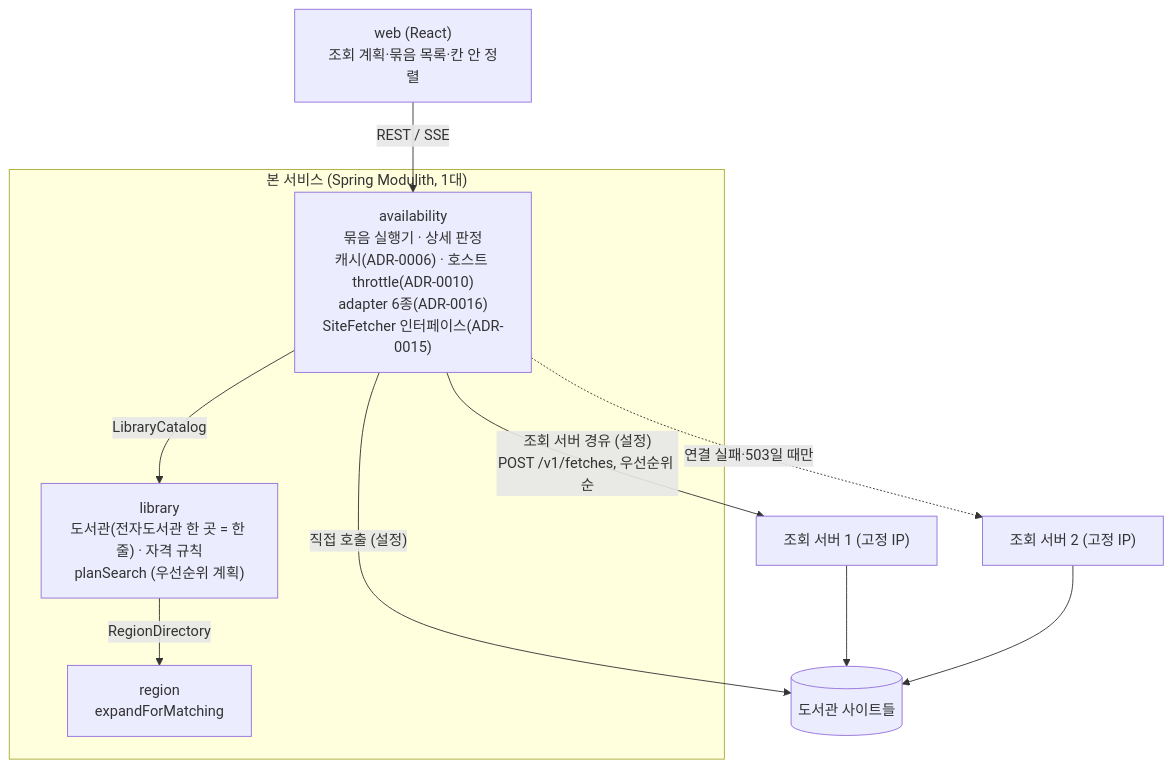
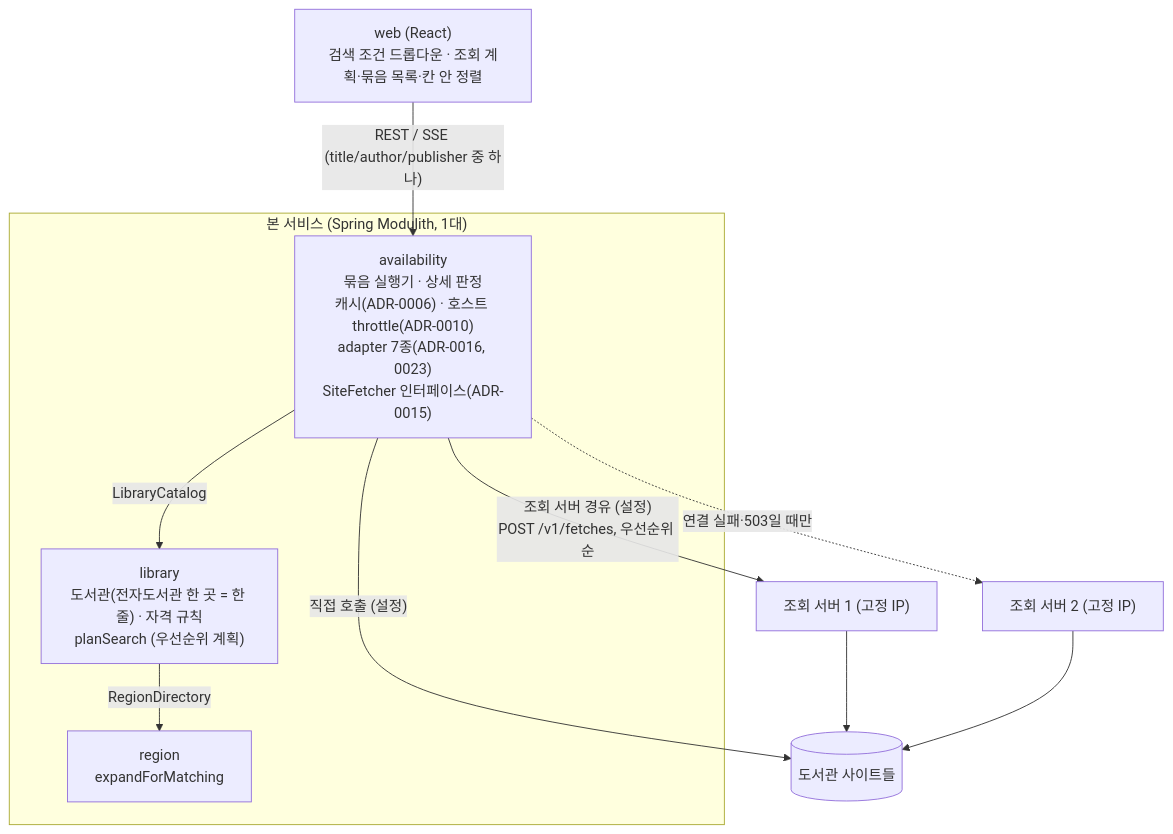
The first of 2 diagrams in docs/current/module-map.md (hodu-sketch/chaekcheck-plan), drawn with Mermaid before and after one commit. The commit also changed other lines of this file and 20 other files, not shown here.

````diff
--- a/docs/current/module-map.md
+++ b/docs/current/module-map.md
@@ -18,16 +20,16 @@
 ```mermaid
 flowchart TB
-  web["web (React)<br/>조회 계획·묶음 목록·칸 안 정렬"] -->|"REST / SSE"| availability
+  web["web (React)<br/>검색 조건 드롭다운 · 조회 계획·묶음 목록·칸 안 정렬"] -->|"REST / SSE (title/author/publisher 중 하나)"| availability
   subgraph main["본 서비스 (Spring Modulith, 1대)"]
-    availability["availability<br/>묶음 실행기 · 상세 판정<br/>캐시(ADR-0006) · 호스트 throttle(ADR-0010)<br/>adapter 6종(ADR-0016)<br/>SiteFetcher 인터페이스(ADR-0015)"]
+    availability["availability<br/>묶음 실행기 · 상세 판정<br/>캐시(ADR-0006) · 호스트 throttle(ADR-0010)<br/>adapter 7종(ADR-0016, 0023)<br/>SiteFetcher 인터페이스(ADR-0015)"]
     library["library<br/>도서관(전자도서관 한 곳 = 한 줄) · 자격 규칙<br/>planSearch (우선순위 계획)"]
     region["region<br/>expandForMatching"]
     availability -->|"LibraryCatalog"| library
     library -->|"RegionDirectory"| region
   end
   availability -->|"직접 호출 (설정)"| sites[("도서관 사이트들")]
   availability -->|"조회 서버 경유 (설정)<br/>POST /v1/fetches, 우선순위 순"| fetch1["조회 서버 1 (고정 IP)"]
   availability -.->|"연결 실패·503일 때만"| fetch2["조회 서버 2 (고정 IP)"]
   fetch1 --> sites
   fetch2 --> sites
 ```
````
